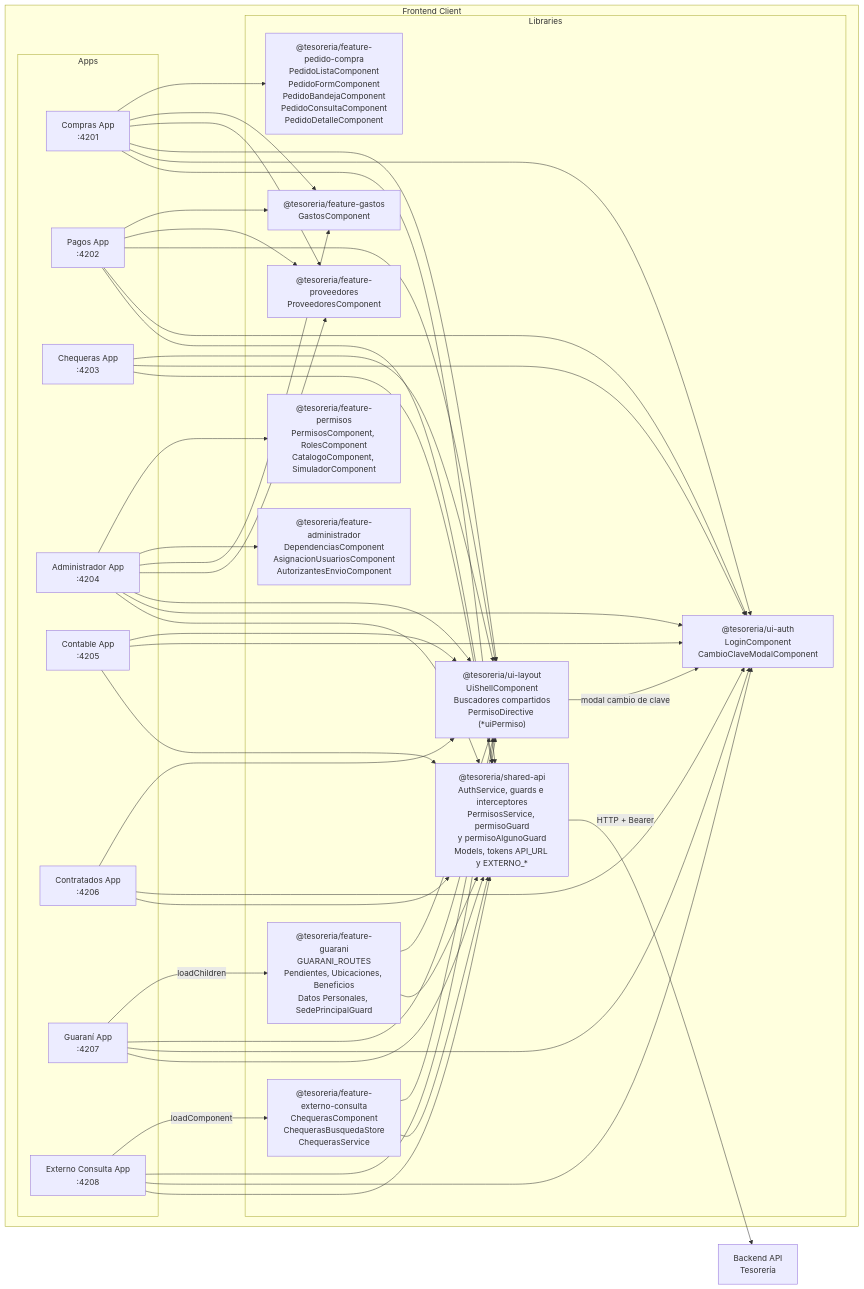
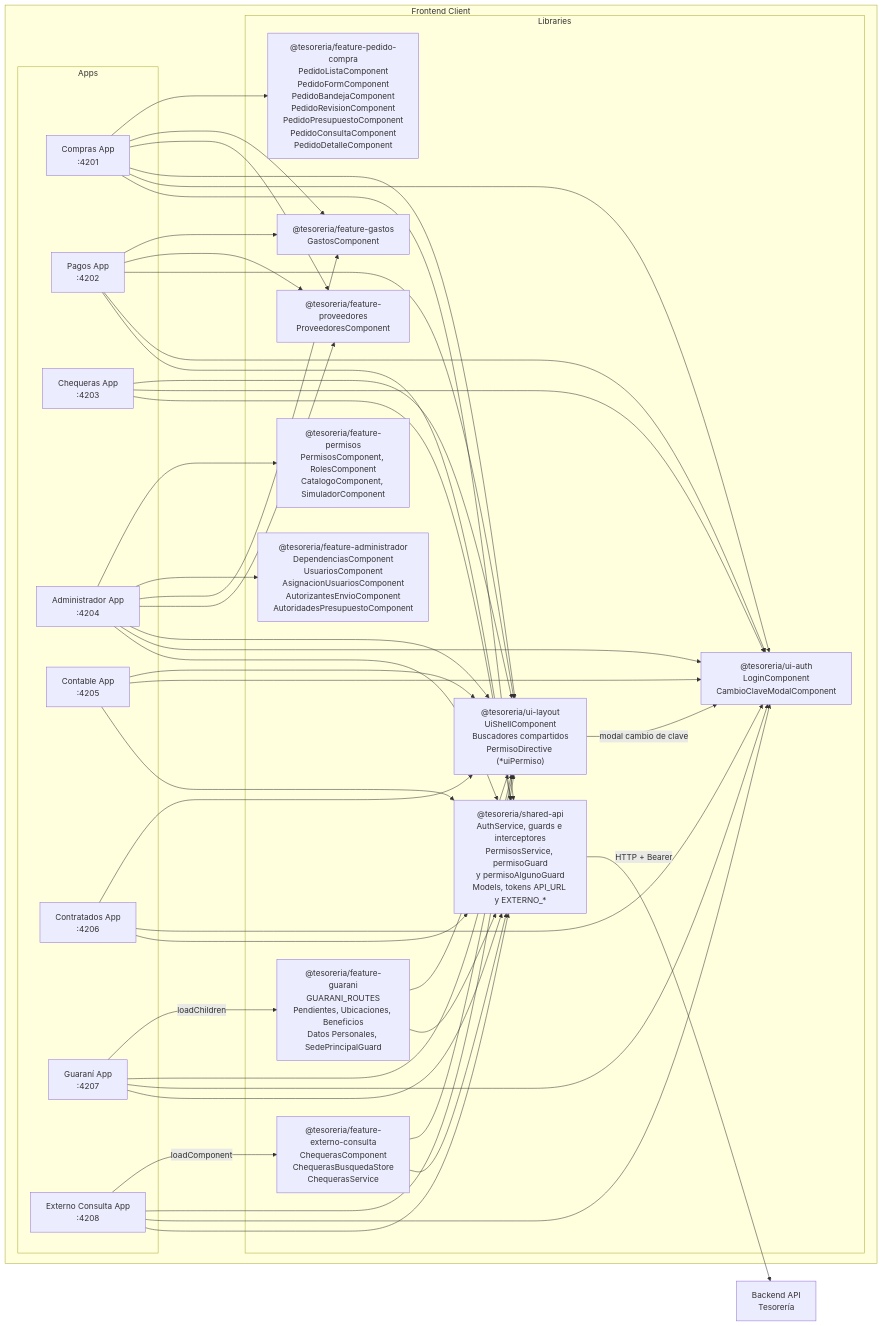
One commit to UM-services/UM.tesoreria.frontend-client changed the first of 7 diagrams in docs/architecture.md. Above: the diagram before and after it, drawn with Mermaid. The commit also changed other lines of this file and 1 other file, not shown here.

````diff
--- a/docs/architecture.md
+++ b/docs/architecture.md
@@ -5,79 +5,79 @@
 ```mermaid
     flowchart LR
     subgraph "Frontend Client"
         subgraph "Apps"
             Compras["Compras App<br/>:4201"]
             Pagos["Pagos App<br/>:4202"]
             Chequeras["Chequeras App<br/>:4203"]
             Admin["Administrador App<br/>:4204"]
             Contable["Contable App<br/>:4205"]
             Contratados["Contratados App<br/>:4206"]
             Guarani["Guaraní App<br/>:4207"]
             ExternoConsulta["Externo Consulta App<br/>:4208"]
         end
 
         subgraph "Libraries"
             SharedAPI["@tesoreria/shared-api<br/>AuthService, guards e interceptores<br/>PermisosService, permisoGuard<br/>y permisoAlgunoGuard<br/>Models, tokens API_URL y EXTERNO_*"]
             UIAuth["@tesoreria/ui-auth<br/>LoginComponent<br/>CambioClaveModalComponent"]
             UILayout["@tesoreria/ui-layout<br/>UiShellComponent<br/>Buscadores compartidos<br/>PermisoDirective (*uiPermiso)"]
             FeatureProveedores["@tesoreria/feature-proveedores<br/>ProveedoresComponent"]
             FeatureGastos["@tesoreria/feature-gastos<br/>GastosComponent"]
-            FeaturePedidoCompra["@tesoreria/feature-pedido-compra<br/>PedidoListaComponent<br/>PedidoFormComponent<br/>PedidoBandejaComponent<br/>PedidoConsultaComponent<br/>PedidoDetalleComponent"]
-            FeatureAdministrador["@tesoreria/feature-administrador<br/>DependenciasComponent<br/>AsignacionUsuariosComponent<br/>AutorizantesEnvioComponent"]
+            FeaturePedidoCompra["@tesoreria/feature-pedido-compra<br/>PedidoListaComponent<br/>PedidoFormComponent<br/>PedidoBandejaComponent<br/>PedidoRevisionComponent<br/>PedidoPresupuestoComponent<br/>PedidoConsultaComponent<br/>PedidoDetalleComponent"]
+            FeatureAdministrador["@tesoreria/feature-administrador<br/>DependenciasComponent<br/>UsuariosComponent<br/>AsignacionUsuariosComponent<br/>AutorizantesEnvioComponent<br/>AutoridadesPresupuestoComponent"]
             FeaturePermisos["@tesoreria/feature-permisos<br/>PermisosComponent, RolesComponent<br/>CatalogoComponent, SimuladorComponent"]
             FeatureGuarani["@tesoreria/feature-guarani<br/>GUARANI_ROUTES<br/>Pendientes, Ubicaciones, Beneficios<br/>Datos Personales, SedePrincipalGuard"]
             FeatureExterno["@tesoreria/feature-externo-consulta<br/>ChequerasComponent<br/>ChequerasBusquedaStore<br/>ChequerasService"]
         end
     end
 
     Compras --> SharedAPI
     Compras --> UIAuth
     Compras --> UILayout
     Compras --> FeatureProveedores
     Compras --> FeatureGastos
     Compras --> FeaturePedidoCompra
 
     Pagos --> SharedAPI
     Pagos --> UIAuth
     Pagos --> UILayout
     Pagos --> FeatureProveedores
     Pagos --> FeatureGastos
 
     Chequeras --> SharedAPI
     Chequeras --> UIAuth
     Chequeras --> UILayout
 
     Admin --> SharedAPI
     Admin --> UIAuth
     Admin --> UILayout
     Admin --> FeatureProveedores
     Admin --> FeatureGastos
     Admin --> FeatureAdministrador
     Admin --> FeaturePermisos
 
     Contable --> SharedAPI
     Contable --> UIAuth
     Contable --> UILayout
 
     Contratados --> SharedAPI
     Contratados --> UIAuth
     Contratados --> UILayout
 
     Guarani --> SharedAPI
     Guarani --> UIAuth
     Guarani --> UILayout
     Guarani -->|"loadChildren"| FeatureGuarani
     FeatureGuarani --> SharedAPI
     FeatureGuarani --> UILayout
 
     ExternoConsulta --> SharedAPI
     ExternoConsulta --> UIAuth
     ExternoConsulta --> UILayout
     ExternoConsulta -->|"loadComponent"| FeatureExterno
     FeatureExterno --> SharedAPI
     FeatureExterno --> UILayout
 
     UILayout -->|"modal cambio de clave"| UIAuth
 
     SharedAPI -->|"HTTP + Bearer"| BackendAPI["Backend API<br/>Tesorería"]
 ```
````
